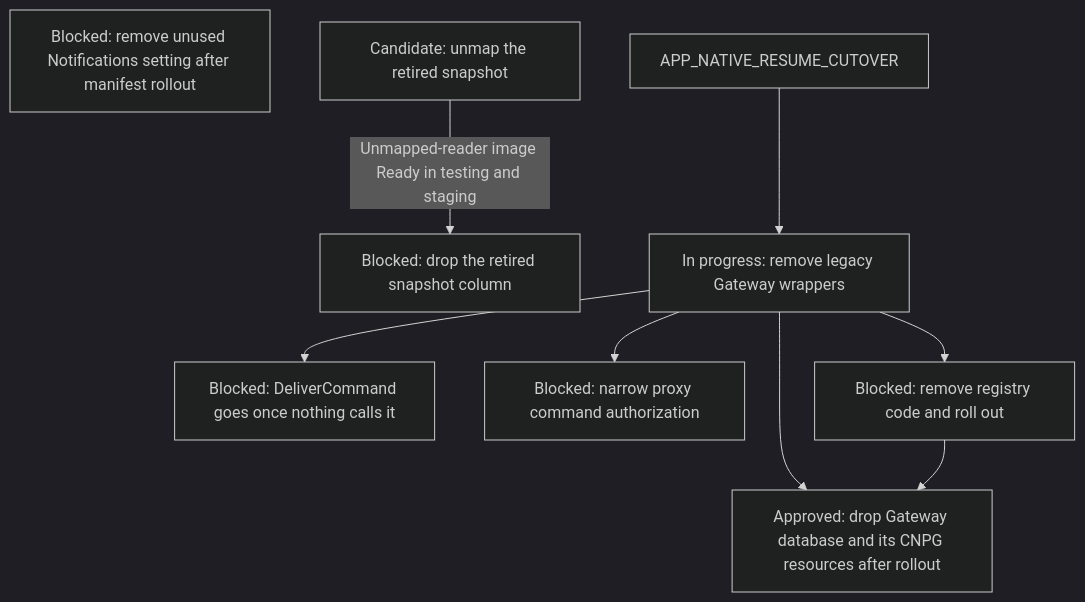
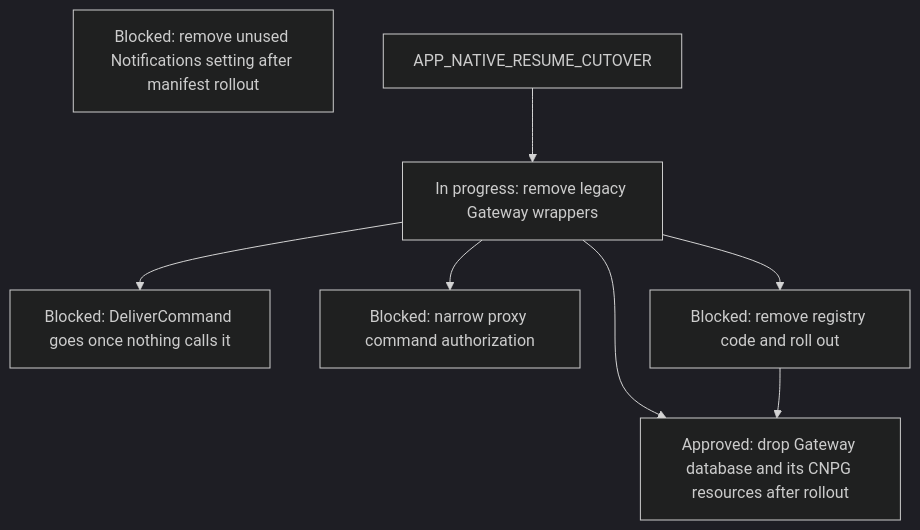
One commit to agentydragon/ducktape changed diagram 15 of 16 in agentplane/plans/task_dag.md. Above: the diagram before and after it, drawn with Mermaid (dark theme). The commit also changed other lines of this file and 1 other file, not shown here.

Commit message:
Unmap retired Dispatcher opening attachment snapshot

````diff
--- a/agentplane/plans/task_dag.md
+++ b/agentplane/plans/task_dag.md
@@ -1300,17 +1300,15 @@
 ```mermaid
 flowchart TD
     RUNNER_COMMAND_RPCS[Blocked: DeliverCommand goes once nothing calls it]
     NOTIFICATION_GATEWAY_TARGET_READER_RETIRE[Blocked: remove unused Notifications setting after manifest rollout]
-    DISPATCHER_OPENING_ATTACHED_READ_RETIRE[Candidate: unmap the retired snapshot]
-    DISPATCHER_OPENING_ATTACHED_READ_RETIRE -->|Unmapped-reader image Ready in testing and staging| DISPATCHER_OPENING_ATTACHED_COLUMN_DROP[Blocked: drop the retired snapshot column]
     GATEWAY_WRAPPER_RETIRE --> RUNNER_COMMAND_RPCS
     GATEWAY_WRAPPER_RETIRE[In progress: remove legacy Gateway wrappers]
     APP_NATIVE_RESUME_CUTOVER --> GATEWAY_WRAPPER_RETIRE
     GATEWAY_DATABASE_DROP[Approved: drop Gateway database and its CNPG resources after rollout]
     PROXY_START_METHODS_DISPATCHER_ONLY[Blocked: narrow proxy command authorization]
     GATEWAY_WRAPPER_RETIRE --> PROXY_START_METHODS_DISPATCHER_ONLY
     GATEWAY_WRAPPER_RETIRE --> GATEWAY_DATABASE_DROP
     GATEWAY_SESSION_REGISTRY_RETIRE[Blocked: remove registry code and roll out]
     GATEWAY_WRAPPER_RETIRE --> GATEWAY_SESSION_REGISTRY_RETIRE
     GATEWAY_SESSION_REGISTRY_RETIRE --> GATEWAY_DATABASE_DROP
 ```
````
